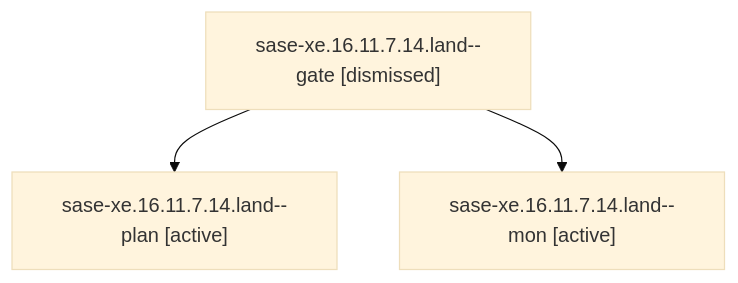
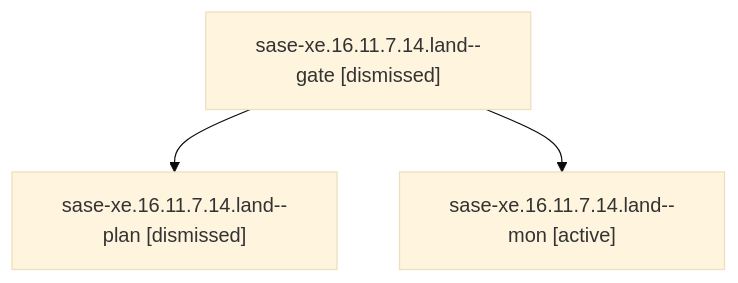
One commit to sase-org/sase--agents changed the diagram in sessions/bbugyi200.athena.sase-xe.16.11.7.14.land.md. Above: the diagram before and after it, drawn with Mermaid (base theme). The commit also changed other lines of this file and 277 other files, not shown here.

````diff
--- a/sessions/bbugyi200.athena.sase-xe.16.11.7.14.land.md
+++ b/sessions/bbugyi200.athena.sase-xe.16.11.7.14.land.md
@@ -9,8 +9,8 @@
 ```mermaid
 flowchart TD
   n0["sase-xe.16.11.7.14.land--gate [dismissed]"]
-  n1["sase-xe.16.11.7.14.land--plan [active]"]
+  n1["sase-xe.16.11.7.14.land--plan [dismissed]"]
   n0 --> n1
   n2["sase-xe.16.11.7.14.land--mon [active]"]
   n0 --> n2
 ```
````
